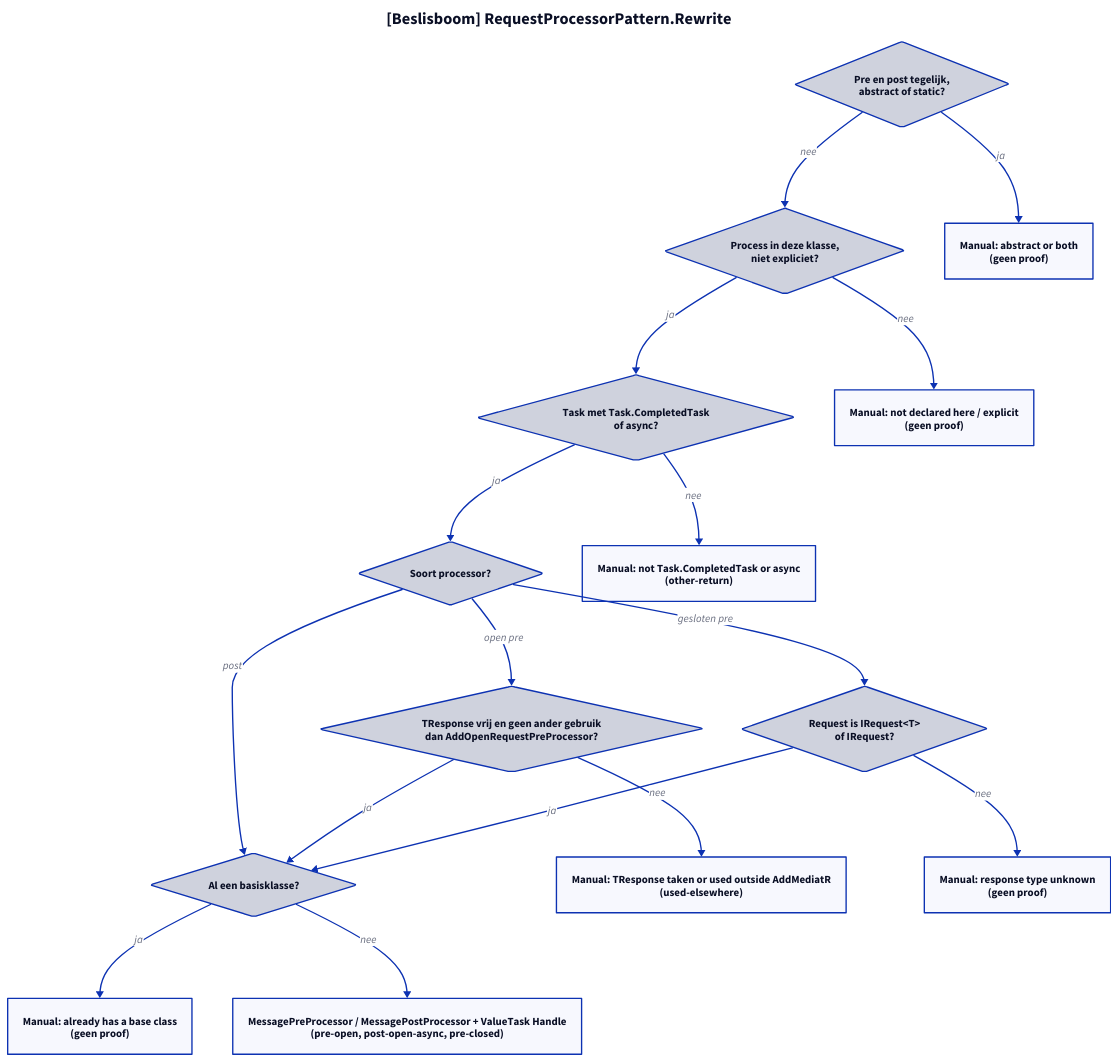
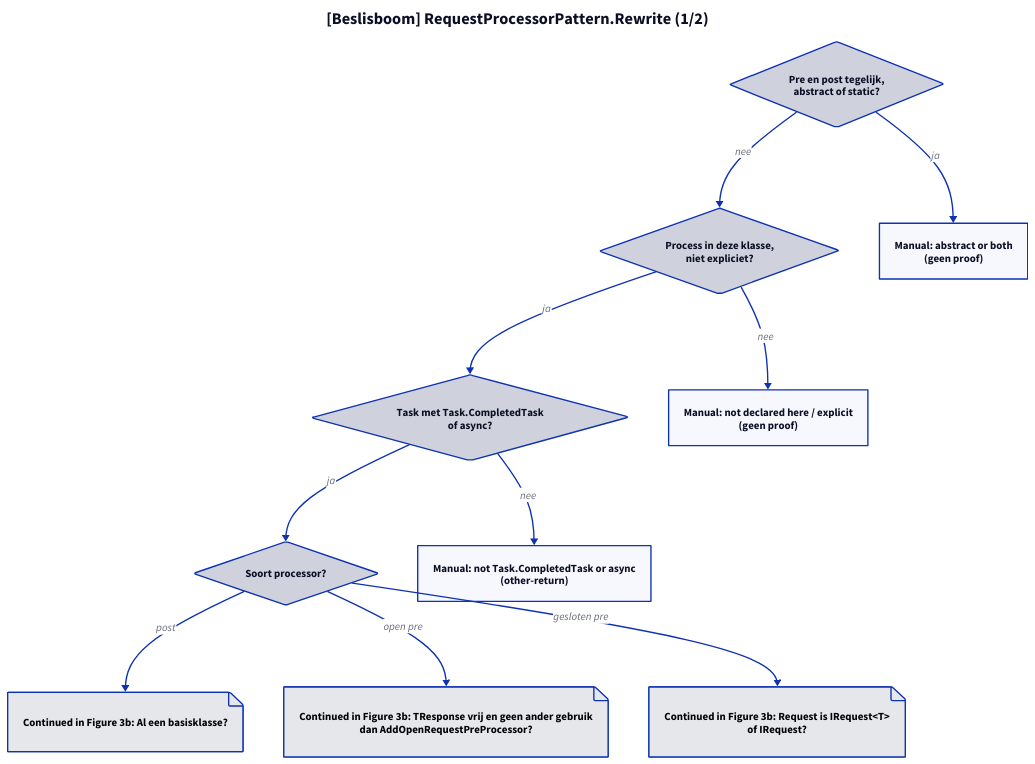
One commit to ATkingma/unshackle changed the diagram in docs/projectinfo/patterns/img/mediatr-request-processor-modellen-3.d2. Above: the diagram before and after it, drawn with D2. The commit also changed 271 other files, not shown here.

```diff
--- a/docs/projectinfo/patterns/img/mediatr-request-processor-modellen-3.d2
+++ b/docs/projectinfo/patterns/img/mediatr-request-processor-modellen-3.d2
@@ -1,31 +1,21 @@
-title: "[Beslisboom] RequestProcessorPattern.Rewrite" {shape: text; near: top-center; style: {font-size: 24; bold: true}}
+title: "[Beslisboom] RequestProcessorPattern.Rewrite (1/2)" {shape: text; near: top-center; style: {font-size: 24; bold: true}}
 direction: down
 q1: "Pre en post tegelijk,\nabstract of static?" {shape: diamond}
 q2: "Process in deze klasse,\nniet expliciet?" {shape: diamond}
 q3: "Task met Task.CompletedTask\nof async?" {shape: diamond}
 q4: "Soort processor?" {shape: diamond}
-q5: "TResponse vrij en geen ander gebruik\ndan AddOpenRequestPreProcessor?" {shape: diamond}
-q6: "Request is IRequest<T>\nof IRequest?" {shape: diamond}
-q7: "Al een basisklasse?" {shape: diamond}
 m1: "Manual: abstract or both\n(geen proof)"
 m2: "Manual: not declared here / explicit\n(geen proof)"
 m3: "Manual: not Task.CompletedTask or async\n(other-return)"
-m4: "Manual: TResponse taken or used outside AddMediatR\n(used-elsewhere)"
-m5: "Manual: response type unknown\n(geen proof)"
-m6: "Manual: already has a base class\n(geen proof)"
-f: "MessagePreProcessor / MessagePostProcessor + ValueTask Handle\n(pre-open, post-open-async, pre-closed)"
+to_next_q7: "Continued in Figure 3b: Al een basisklasse?" {shape: page; style: {fill: "#e5e7eb"; font-color: "#000000"}}
+to_next_q5: "Continued in Figure 3b: TResponse vrij en geen ander gebruik\ndan AddOpenRequestPreProcessor?" {shape: page; style: {fill: "#e5e7eb"; font-color: "#000000"}}
+to_next_q6: "Continued in Figure 3b: Request is IRequest<T>\nof IRequest?" {shape: page; style: {fill: "#e5e7eb"; font-color: "#000000"}}
 q1 -> m1: ja
 q1 -> q2: nee
 q2 -> m2: nee
 q2 -> q3: ja
 q3 -> m3: nee
 q3 -> q4: ja
-q4 -> q7: post
-q4 -> q5: "open pre"
-q4 -> q6: "gesloten pre"
-q5 -> m4: nee
-q5 -> q7: ja
-q6 -> m5: nee
-q6 -> q7: ja
-q7 -> m6: ja
-q7 -> f: nee
+q4 -> to_next_q7: post
+q4 -> to_next_q5: "open pre"
+q4 -> to_next_q6: "gesloten pre"
```
